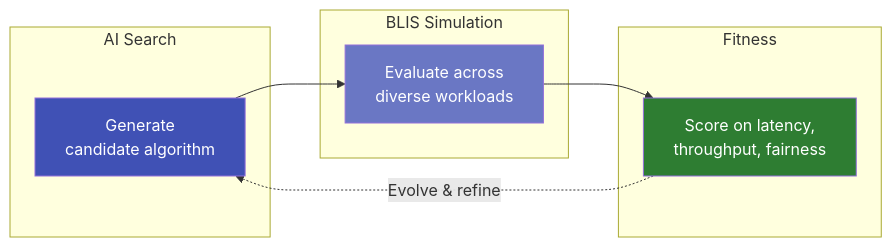
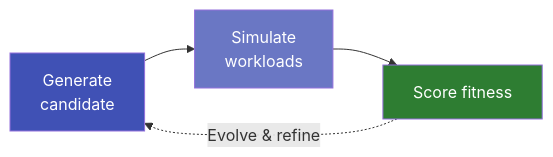
The fourth of 4 diagrams in docs/blog/posts/why-simulate-before-you-scale.md (inference-sim/inference-sim), drawn with Mermaid before and after one commit. The commit also changed other lines of this file, not shown here.

Commit message:
fix(docs): two-row pipeline diagram, accuracy claim, clean ADRS diagram
Split the request lifecycle into two rows (cluster-level → instance-level)
by breaking the chain at Routing → Instance Queueing. Add a paragraph on
BLIS's high prediction accuracy. Remove subgraph boxes from the ADRS
diagram for visual consistency.

````diff
--- a/docs/blog/posts/why-simulate-before-you-scale.md
+++ b/docs/blog/posts/why-simulate-before-you-scale.md
@@ -107,19 +110,9 @@
 ```mermaid
 flowchart LR
-    subgraph ai ["AI Search"]
-        G["Generate<br>candidate algorithm"]
-    end
-    subgraph sim ["BLIS Simulation"]
-        E["Evaluate across<br>diverse workloads"]
-    end
-    subgraph fit ["Fitness"]
-        F["Score on latency,<br>throughput, fairness"]
-    end
-
-    G --> E --> F
+    G["Generate<br>candidate"] --> E["Simulate<br>workloads"] --> F["Score fitness"]
     F -.->|"Evolve & refine"| G
 
     style G fill:#4051b5,color:#fff
     style E fill:#6a77c4,color:#fff
     style F fill:#2e7d32,color:#fff
 ```
````
